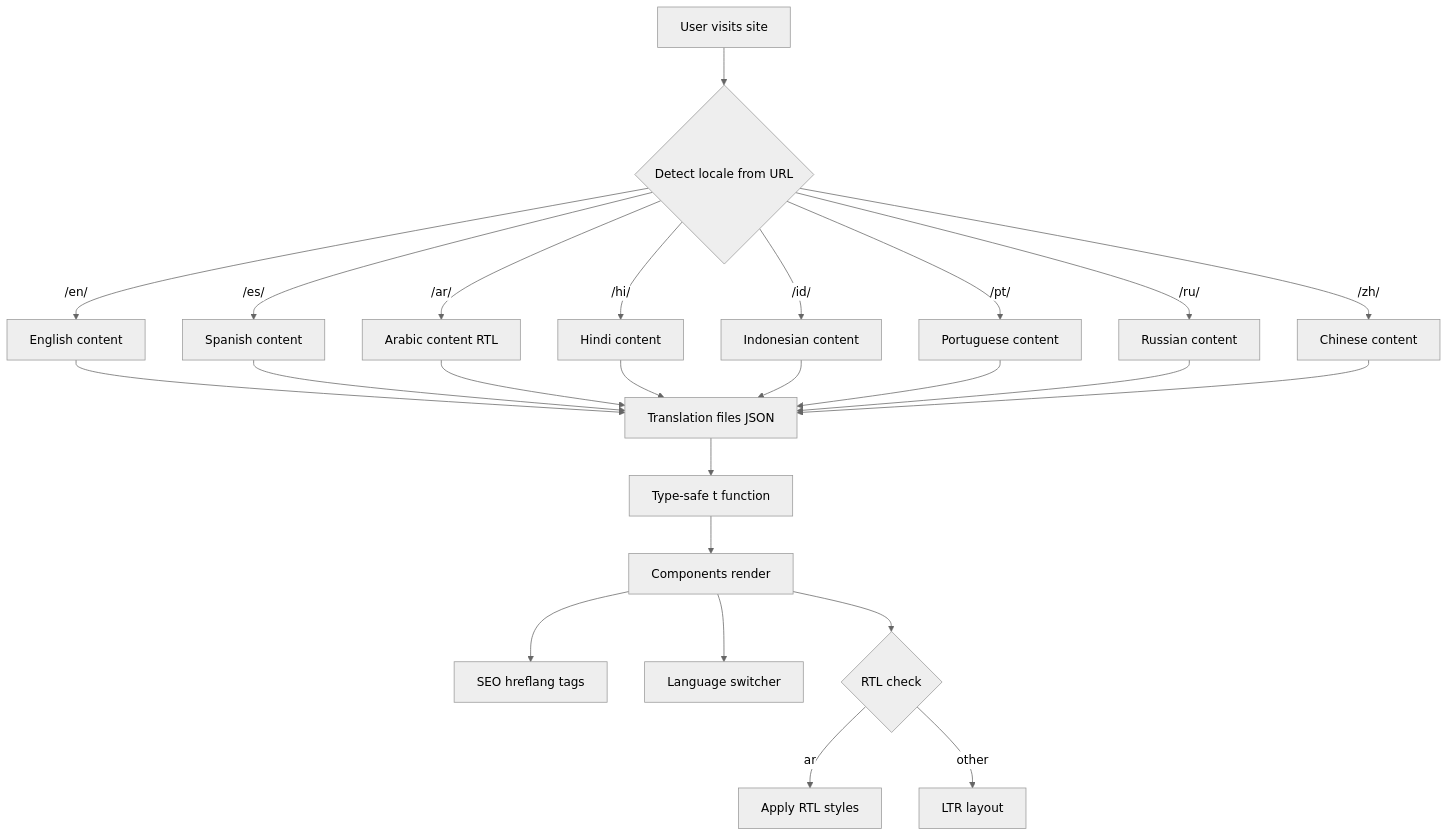
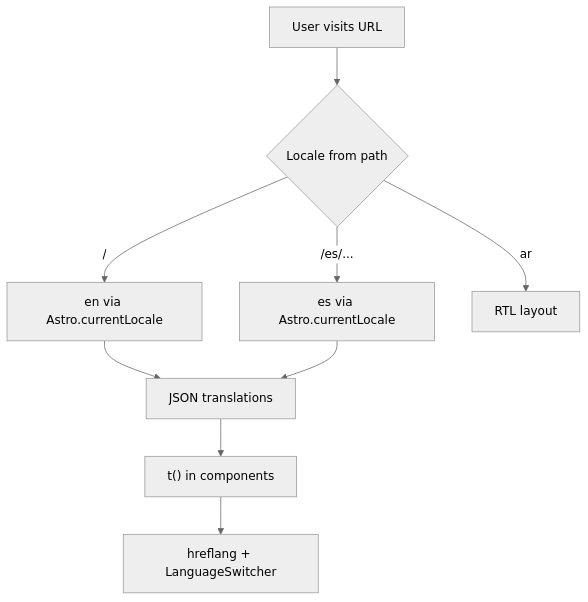
The diagram in features/multi-language-i18n-implementation.md (Tuurlijk/www.binauralbeatstudio.com), drawn with Mermaid (neutral theme) before and after one commit. The commit also changed other lines of this file and 1 other file, not shown here.

First line of the commit message:
Document Astro 6 i18n maintenance workflows.

````diff
--- a/features/multi-language-i18n-implementation.md
+++ b/features/multi-language-i18n-implementation.md
@@ -20,29 +105,11 @@
 ```mermaid
 flowchart TD
-    A[User visits site] --> B{Detect locale from URL}
-    B -->|/en/| C[English content]
-    B -->|/es/| D[Spanish content]
-    B -->|/ar/| E[Arabic content RTL]
-    B -->|/hi/| F[Hindi content]
-    B -->|/id/| G[Indonesian content]
-    B -->|/pt/| H[Portuguese content]
-    B -->|/ru/| I[Russian content]
-    B -->|/zh/| J[Chinese content]
-    
-    C --> K[Translation files JSON]
-    D --> K
-    E --> K
-    F --> K
-    G --> K
-    H --> K
-    I --> K
-    J --> K
-    
-    K --> L[Type-safe t function]
-    L --> M[Components render]
-    M --> N[SEO hreflang tags]
-    M --> O[Language switcher]
-    M --> P{RTL check}
-    P -->|ar| Q[Apply RTL styles]
-    P -->|other| R[LTR layout]
+    A[User visits URL] --> B{Locale from path}
+    B -->|"/"| C[en via Astro.currentLocale]
+    B -->|"/es/..."| D[es via Astro.currentLocale]
+    C --> E[JSON translations]
+    D --> E
+    E --> F["t() in components"]
+    F --> G[hreflang + LanguageSwitcher]
+    B -->|ar| H[RTL layout]
 ```
````
